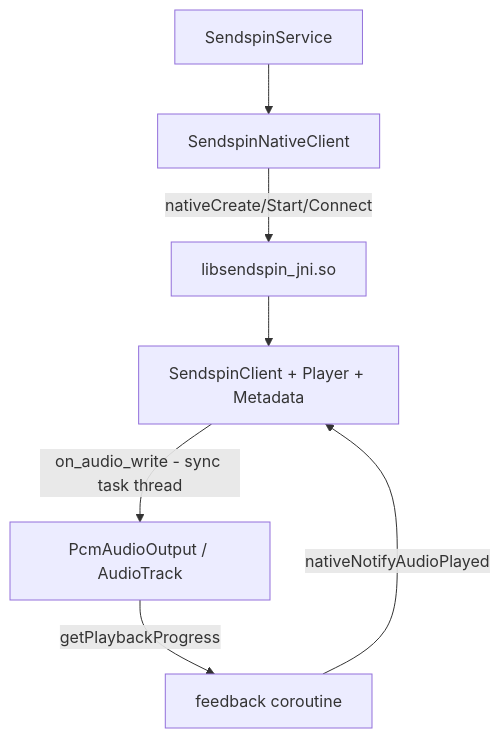
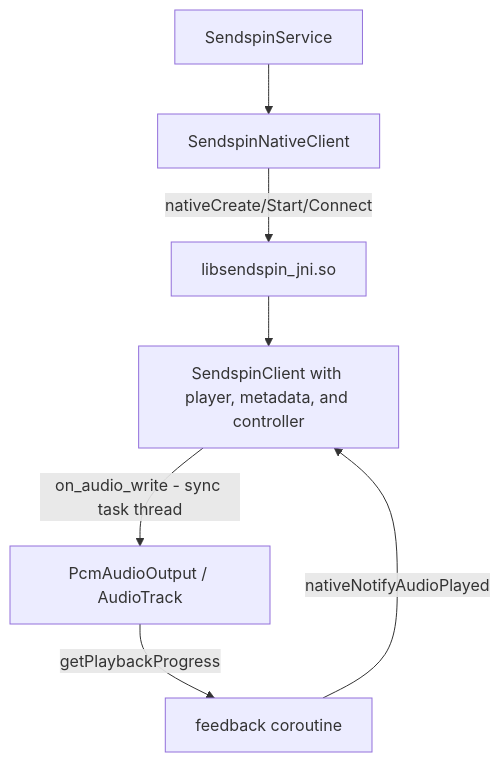
Before and after one commit to pantherale0/sendspinlite: the diagram in docs/NATIVE_CLIENT.md, drawn with Mermaid. The commit also changed other lines of this file and 21 other files, not shown here.

````diff
--- a/docs/NATIVE_CLIENT.md
+++ b/docs/NATIVE_CLIENT.md
@@ -74,9 +73,9 @@
 ```mermaid
 flowchart TB
     Service[SendspinService] --> Client[SendspinNativeClient]
     Client -->|nativeCreate/Start/Connect| Jni[libsendspin_jni.so]
-    Jni --> Cpp[SendspinClient + Player + Metadata]
+    Jni --> Cpp[SendspinClient with player, metadata, and controller]
     Cpp -->|on_audio_write - sync task thread| Output[PcmAudioOutput / AudioTrack]
     Output -->|getPlaybackProgress| Feedback[feedback coroutine]
     Feedback -->|nativeNotifyAudioPlayed| Cpp
 ```
````
